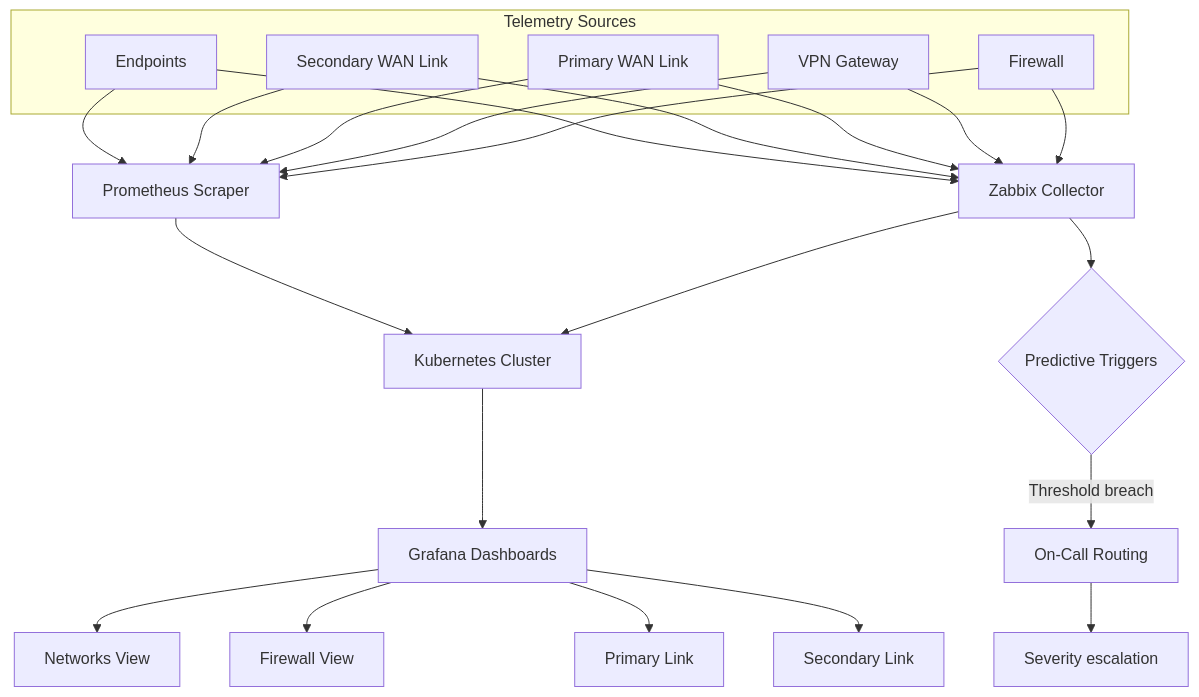
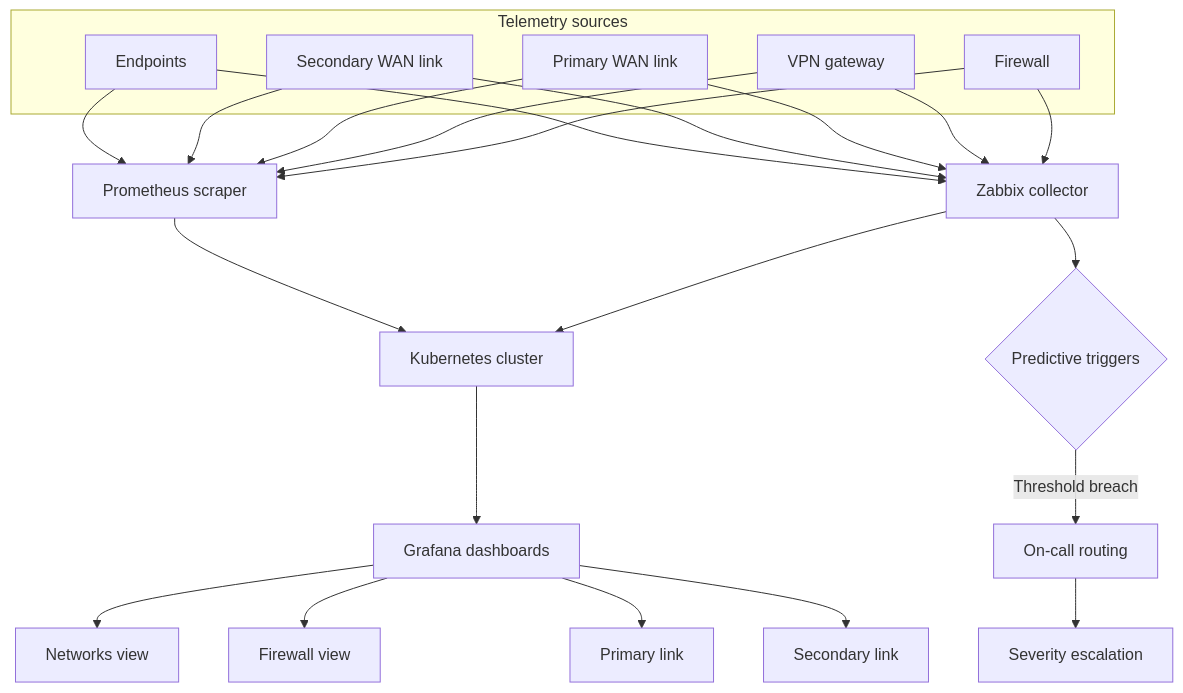
The diagram in src/content/projects/en/network-defense.mdx (CHDevSec/portfolio), drawn with Mermaid before and after one commit. The commit also changed other lines of this file and 169 other files, not shown here.

````diff
--- a/src/content/projects/en/network-defense.mdx
+++ b/src/content/projects/en/network-defense.mdx
@@ -57,35 +62,35 @@
 ```mermaid
 flowchart TB
-    subgraph Sources [Telemetry Sources]
+    subgraph Sources [Telemetry sources]
     A1[Firewall]
-    A2[VPN Gateway]
-    A3[Primary WAN Link]
-    A4[Secondary WAN Link]
+    A2[VPN gateway]
+    A3[Primary WAN link]
+    A4[Secondary WAN link]
     A5[Endpoints]
     end
 
-    A1 --> B[Zabbix Collector]
+    A1 --> B[Zabbix collector]
     A2 --> B
     A3 --> B
     A4 --> B
     A5 --> B
 
-    A1 --> C[Prometheus Scraper]
+    A1 --> C[Prometheus scraper]
     A2 --> C
     A3 --> C
     A4 --> C
     A5 --> C
 
-    B --> D[Kubernetes Cluster]
+    B --> D[Kubernetes cluster]
     C --> D
 
-    D --> E[Grafana Dashboards]
-    E --> F[Networks View]
-    E --> G[Firewall View]
-    E --> H[Primary Link]
-    E --> I[Secondary Link]
+    D --> E[Grafana dashboards]
+    E --> F[Networks view]
+    E --> G[Firewall view]
+    E --> H[Primary link]
+    E --> I[Secondary link]
 
-    B --> J{Predictive Triggers}
-    J -->|Threshold breach| K[On-Call Routing]
+    B --> J{Predictive triggers}
+    J -->|Threshold breach| K[On-call routing]
     K --> L[Severity escalation]
 ```
````
